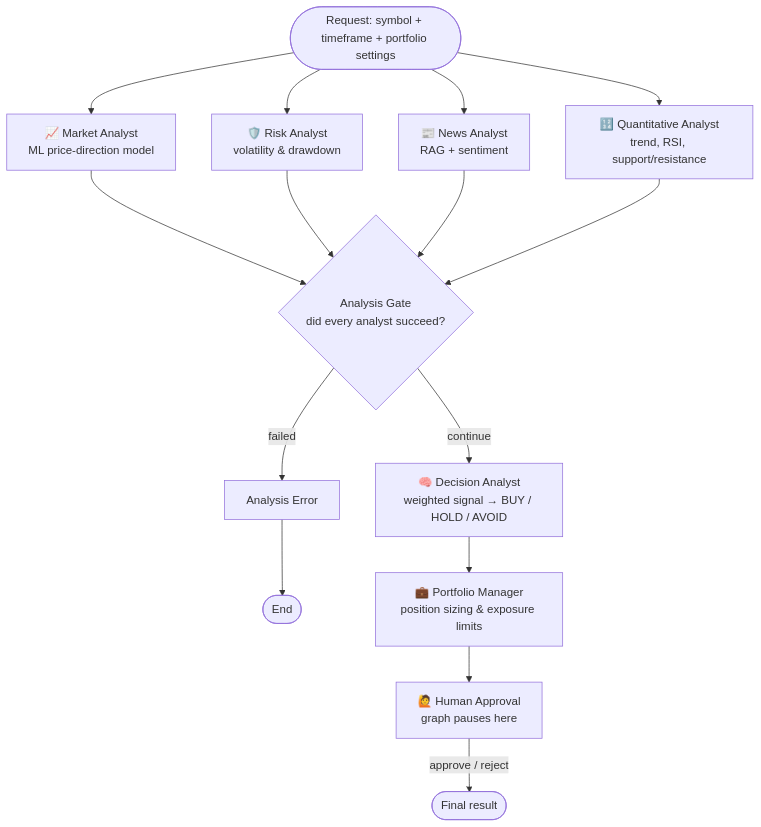
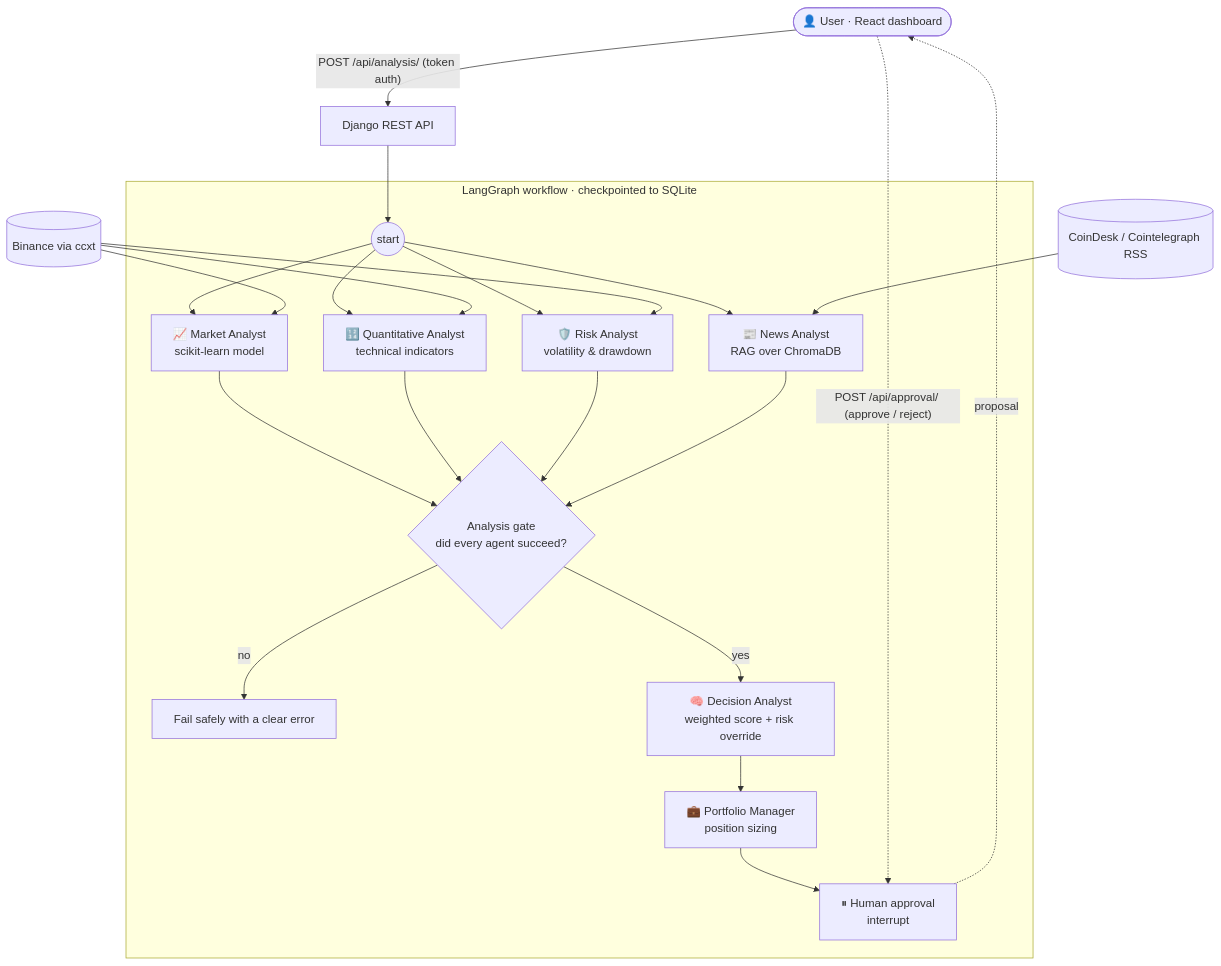
The diagram in README.md (RadiantVixen/QuantMind), drawn with Mermaid before and after one commit. The commit also changed other lines of this file and 15 other files, not shown here.

````diff
--- a/README.md
+++ b/README.md
@@ -33,17 +66,24 @@
 ```mermaid
 flowchart TD
-    START([Request: symbol + timeframe + portfolio settings]) --> M & R & N & Q
+    U([👤 User · React dashboard]) -->|"POST /api/analysis/ (token auth)"| API[Django REST API]
+    API --> START
 
-    M[📈 Market Analyst<br/>ML price-direction model]
-    R[🛡️ Risk Analyst<br/>volatility & drawdown]
-    N[📰 News Analyst<br/>RAG + sentiment]
-    Q[🔢 Quantitative Analyst<br/>trend, RSI, support/resistance]
+    subgraph LG [LangGraph workflow · checkpointed to SQLite]
+        START((start)) --> M & Q & R & N
+        M[📈 Market Analyst<br/>scikit-learn model]
+        Q[🔢 Quantitative Analyst<br/>technical indicators]
+        R[🛡️ Risk Analyst<br/>volatility & drawdown]
+        N[📰 News Analyst<br/>RAG over ChromaDB]
+        M & Q & R & N --> G{Analysis gate<br/>did every agent succeed?}
+        G -- no --> X[Fail safely with a clear error]
+        G -- yes --> D[🧠 Decision Analyst<br/>weighted score + risk override]
+        D --> P[💼 Portfolio Manager<br/>position sizing]
+        P --> H[⏸ Human approval<br/>interrupt]
+    end
 
-    M & R & N & Q --> G{Analysis Gate<br/>did every analyst succeed?}
+    H -.->|proposal| U
+    U -.->|"POST /api/approval/ (approve / reject)"| H
 
-    G -- failed --> E[Analysis Error] --> END1([End])
-    G -- continue --> D[🧠 Decision Analyst<br/>weighted signal → BUY / HOLD / AVOID]
-    D --> P[💼 Portfolio Manager<br/>position sizing & exposure limits]
-    P --> A[🙋 Human Approval<br/>graph pauses here]
-    A -- approve / reject --> END2([Final result])
+    BIN[(Binance via ccxt)] --> M & Q & R
+    RSS[(CoinDesk / Cointelegraph RSS)] --> N
 ```
````
